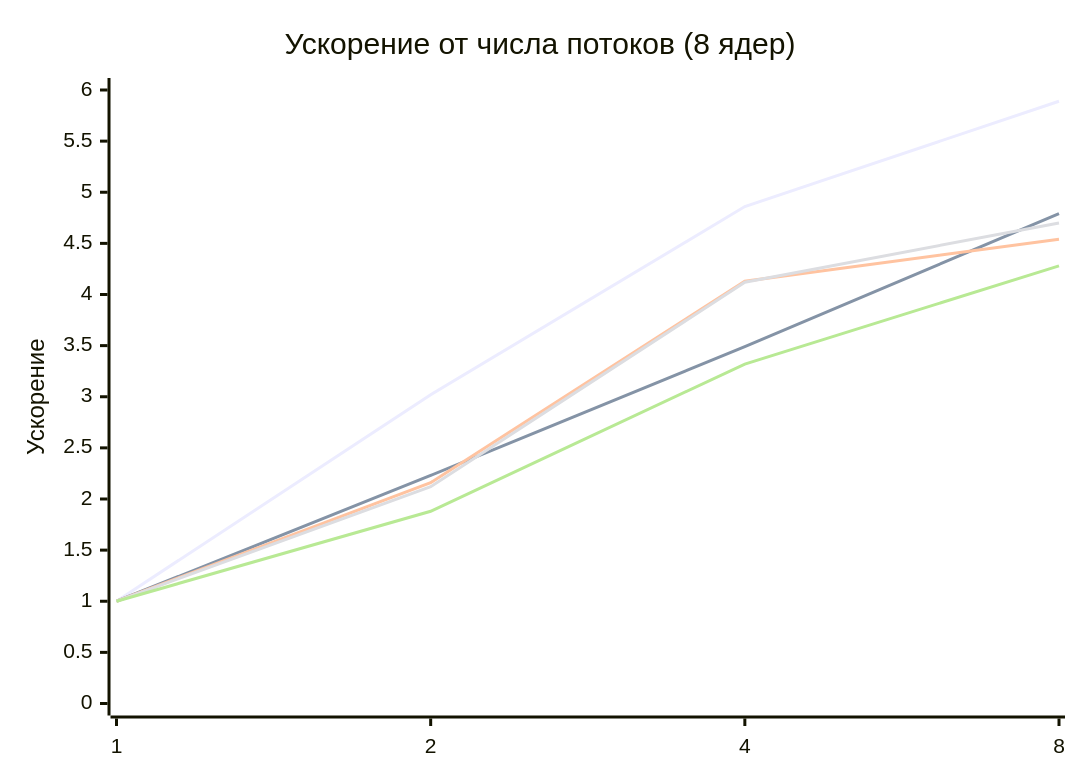
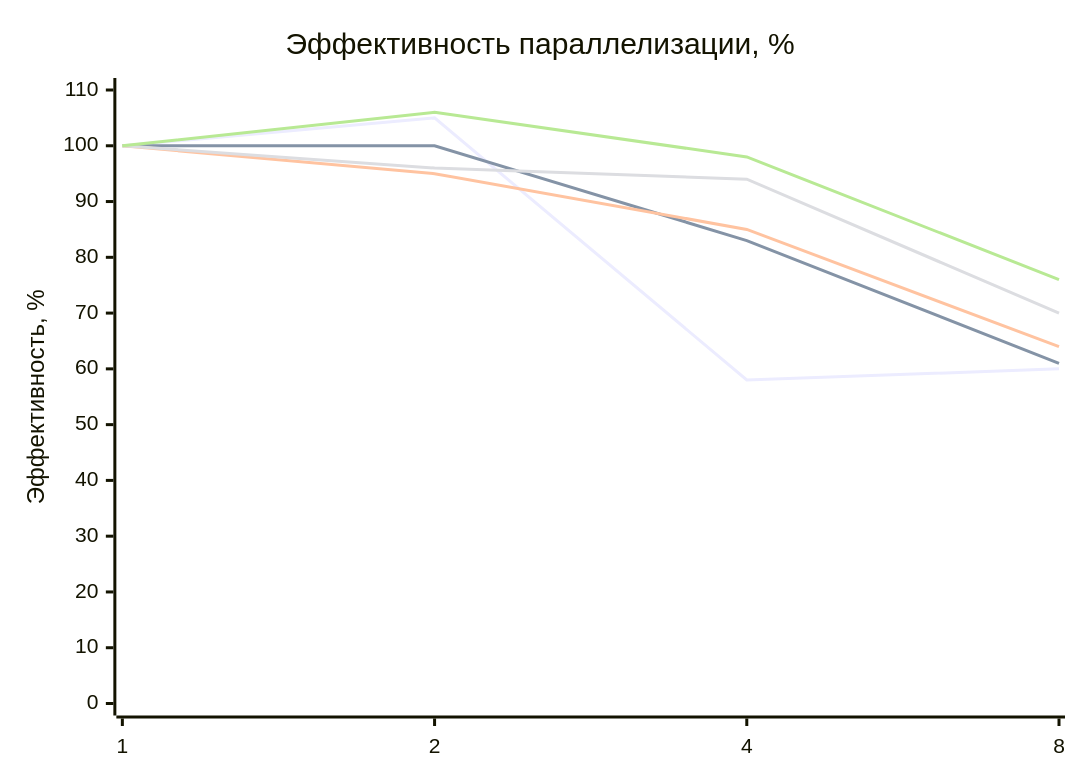
The sixth of 6 diagrams in README.md (sanek4338/Parallelnoe_Programming), drawn with Mermaid before and after one commit. The commit also changed other lines of this file and 2 other files, not shown here.

````diff
--- a/README.md
+++ b/README.md
@@ -220,11 +176,11 @@
 ```mermaid
 xychart-beta
-    title "Ускорение от числа потоков (8 ядер)"
+    title "Эффективность параллелизации, %"
     x-axis [1, 2, 4, 8]
-    y-axis "Ускорение" 0 --> 6
-    line "N=200" [1.00, 3.02, 4.86, 5.89]
-    line "N=400" [1.00, 2.23, 3.49, 4.79]
-    line "N=800" [1.00, 2.16, 4.13, 4.54]
-    line "N=1200" [1.00, 2.12, 4.12, 4.70]
-    line "N=1600" [1.00, 1.88, 3.32, 4.28]
+    y-axis "Эффективность, %" 0 --> 110
+    line "N=200" [100, 105, 58, 60]
+    line "N=400" [100, 100, 83, 61]
+    line "N=800" [100, 95, 85, 64]
+    line "N=1200" [100, 96, 94, 70]
+    line "N=1600" [100, 106, 98, 76]
 ```
````
